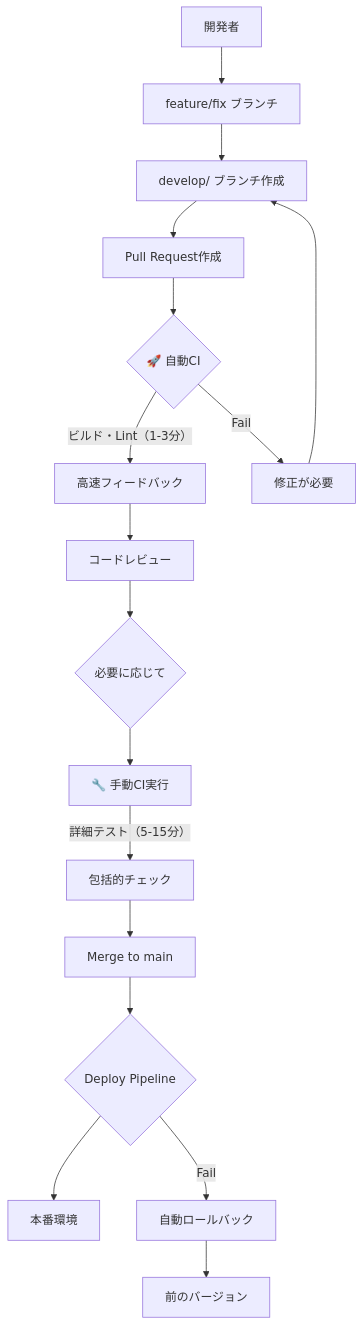
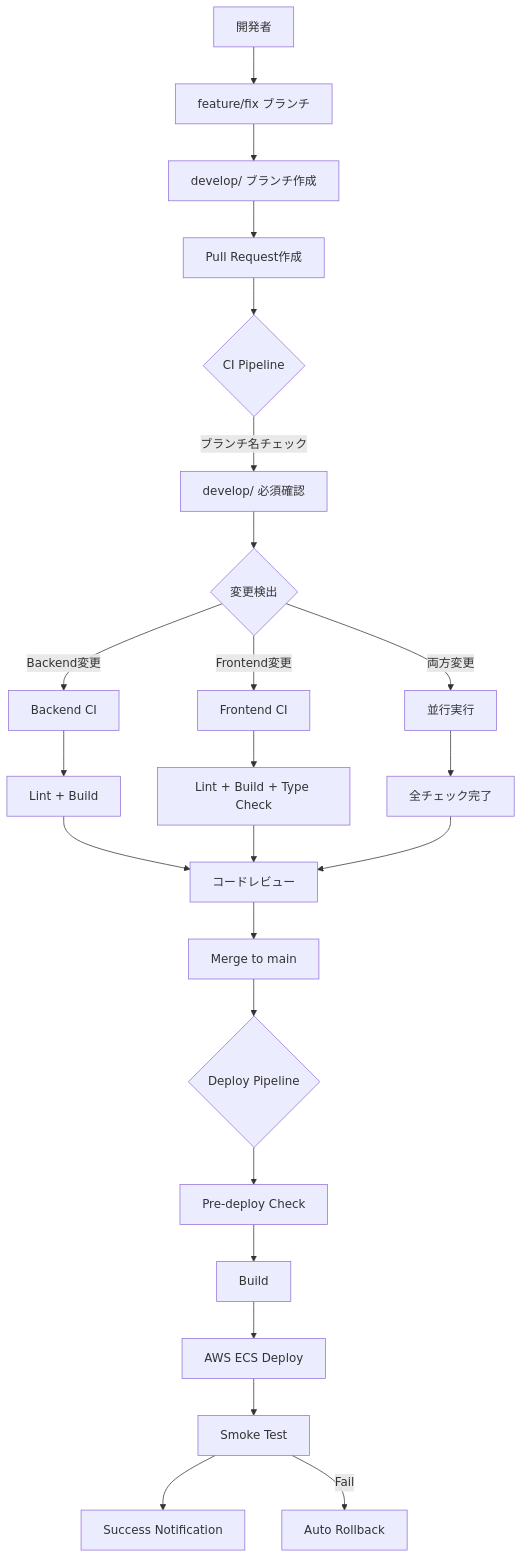
Before and after one commit to matthewyuh246/app-template: the first of 2 diagrams in docs/CI_CD_GUIDE.md, drawn with Mermaid. The commit also changed other lines of this file and 2 other files, not shown here.

````diff
--- a/docs/CI_CD_GUIDE.md
+++ b/docs/CI_CD_GUIDE.md
@@ -31,20 +29,26 @@
 ```mermaid
 graph TD
     A[開発者] --> B[feature/fix ブランチ]
     B --> C[develop/ ブランチ作成]
     C --> D[Pull Request作成]
-    D --> E{🚀 自動CI}
-    E --> |"ビルド・Lint（1-3分）"| F[高速フィードバック]
-    F --> G[コードレビュー]
-    G --> H{必要に応じて}
-    H --> I[🔧 手動CI実行]
-    I --> |"詳細テスト（5-15分）"| J[包括的チェック]
-    J --> K[Merge to main]
-    K --> L{Deploy Pipeline}
-    L --> M[本番環境]
-    L -->|Fail| N[自動ロールバック]
-    
-    E -->|Fail| O[修正が必要]
-    O --> C
-    N --> P[前のバージョン]
+    D --> E{CI Pipeline}
+    E --> |"ブランチ名チェック"| F[develop/ 必須確認]
+    F --> G{変更検出}
+    G --> |Backend変更| H[Backend CI]
+    G --> |Frontend変更| I[Frontend CI]
+    G --> |両方変更| J[並行実行]
+    H --> K[Lint + Build]
+    I --> L[Lint + Build + Type Check]
+    J --> M[全チェック完了]
+    K --> N[コードレビュー]
+    L --> N
+    M --> N
+    N --> O[Merge to main]
+    O --> P{Deploy Pipeline}
+    P --> Q[Pre-deploy Check]
+    Q --> R[Build]
+    R --> S[AWS ECS Deploy]
+    S --> T[Smoke Test]
+    T --> U[Success Notification]
+    T -->|Fail| V[Auto Rollback]
 ```
````
